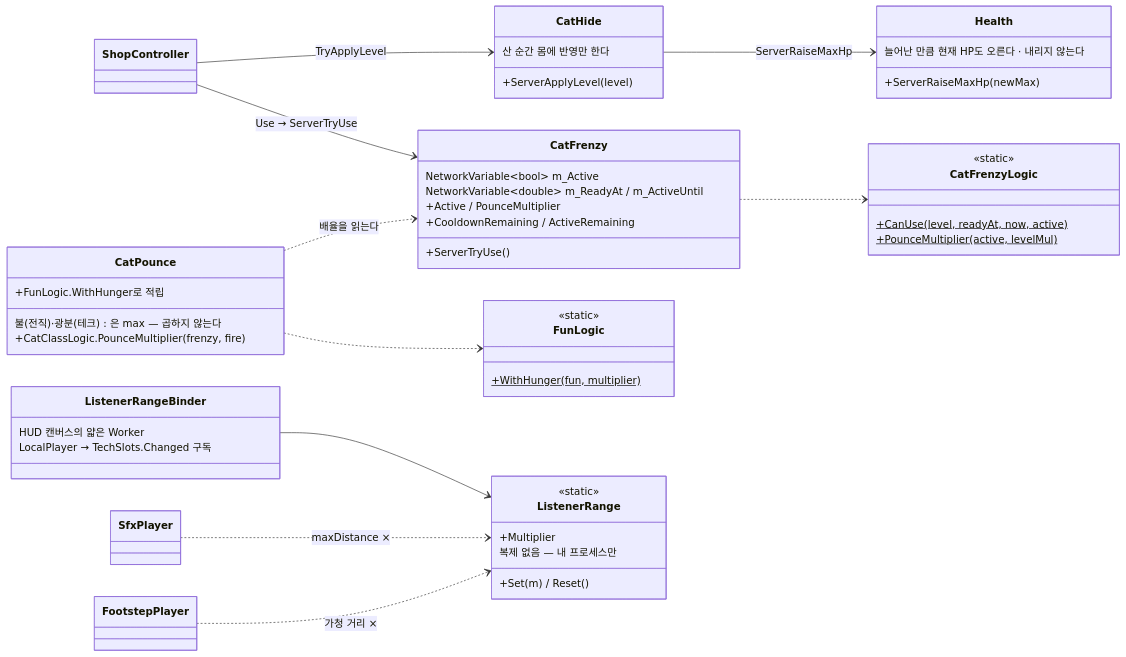
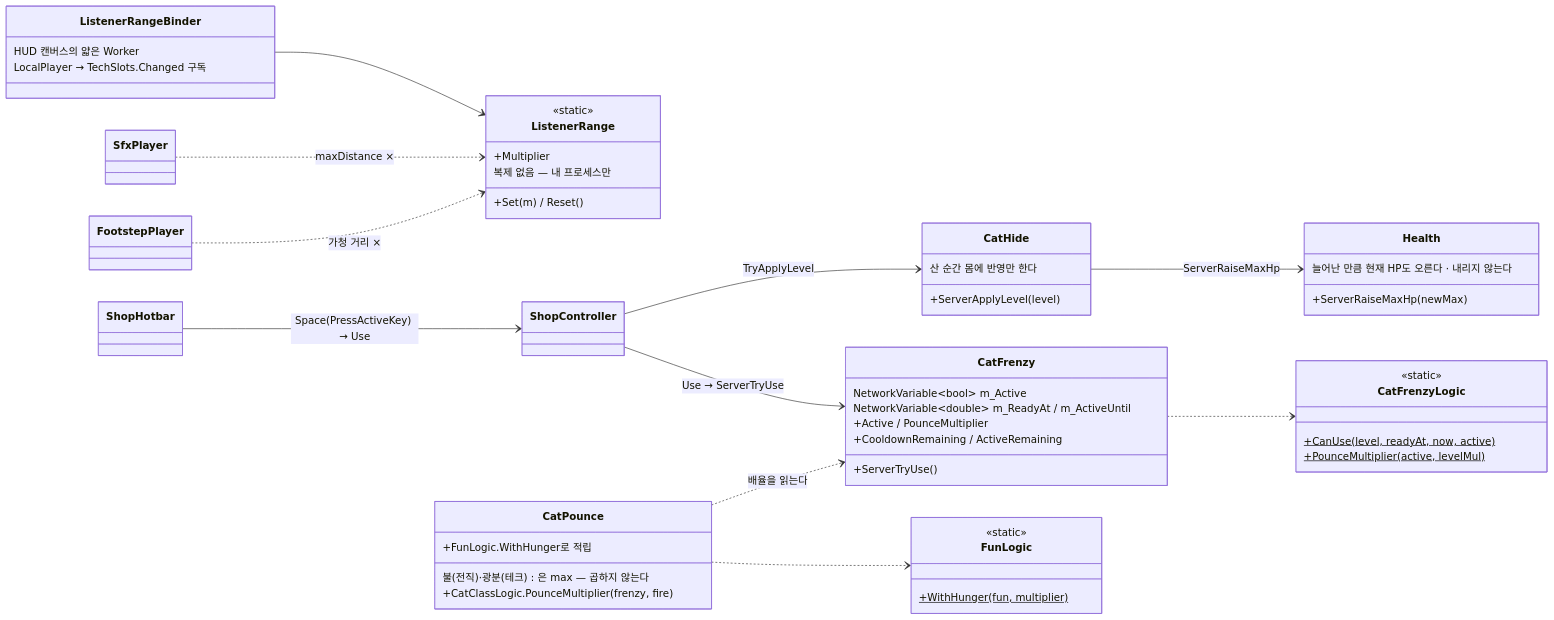
Before and after one commit to JeahanPark/The-Cheese-Thief-and-the-Cat: diagram 32 of 43 in CTC/docs/design-vault/코드 다이어그램.md, drawn with Mermaid. The commit also changed other lines of this file and 17 other files, not shown here.

````diff
--- a/CTC/docs/design-vault/코드 다이어그램.md
+++ b/CTC/docs/design-vault/코드 다이어그램.md
@@ -1865,55 +1900,56 @@
 ```mermaid
 classDiagram
     direction LR
     class CatHide {
         +ServerApplyLevel(level)
         산 순간 몸에 반영만 한다
     }
     class Health {
         +ServerRaiseMaxHp(newMax)
         늘어난 만큼 현재 HP도 오른다 · 내리지 않는다
     }
     class CatFrenzy {
         NetworkVariable~bool~ m_Active
         NetworkVariable~double~ m_ReadyAt / m_ActiveUntil
         +ServerTryUse()
         +Active / PounceMultiplier
         +CooldownRemaining / ActiveRemaining
     }
     class CatFrenzyLogic {
         <<static>>
         +CanUse(level, readyAt, now, active)$
         +PounceMultiplier(active, levelMul)$
     }
     class FunLogic {
         <<static>>
         +WithHunger(fun, multiplier)$
     }
     class ListenerRange {
         <<static>>
         +Multiplier
         +Set(m) / Reset()
         복제 없음 — 내 프로세스만
     }
     class ListenerRangeBinder {
         HUD 캔버스의 얇은 Worker
         LocalPlayer → TechSlots.Changed 구독
     }
     class CatPounce {
         불(전직)·광분(테크)은 max — 곱하지 않는다
         +CatClassLogic.PounceMultiplier(frenzy, fire)
         +FunLogic.WithHunger로 적립
     }
     class SfxPlayer
     class FootstepPlayer
 
     ShopController --> CatHide : TryApplyLevel
     CatHide --> Health : ServerRaiseMaxHp
+    ShopHotbar --> ShopController : Space(PressActiveKey) → Use
     ShopController --> CatFrenzy : Use → ServerTryUse
     CatFrenzy ..> CatFrenzyLogic
     CatPounce ..> CatFrenzy : 배율을 읽는다
     CatPounce ..> FunLogic
     ListenerRangeBinder --> ListenerRange
     SfxPlayer ..> ListenerRange : maxDistance ×
     FootstepPlayer ..> ListenerRange : 가청 거리 ×
 ```
````
